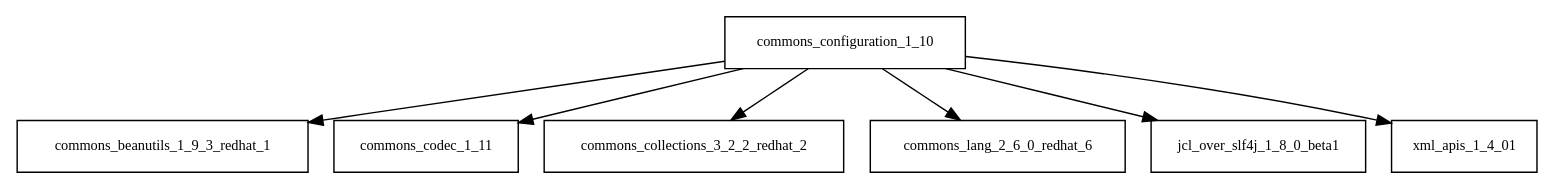
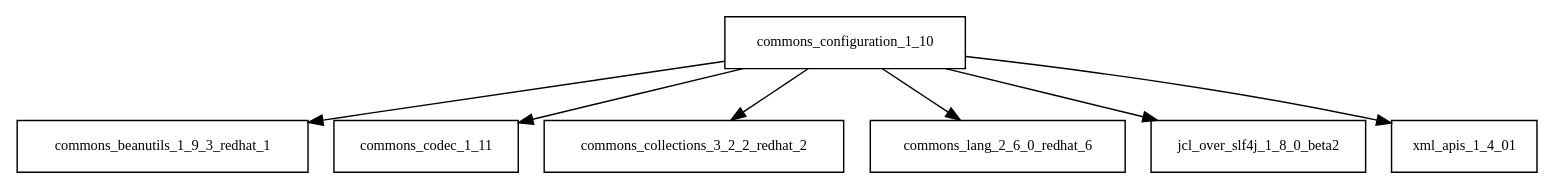
Before and after one commit to sjvs/cia: the diagram in tattleTaleReport/graphviz/commons-configuration-1.10.jar/commons-configuration-1.10.jar.dot, drawn with Graphviz. The commit also changed 2794 other files, not shown here.

```diff
--- a/tattleTaleReport/graphviz/commons-configuration-1.10.jar/commons-configuration-1.10.jar.dot
+++ b/tattleTaleReport/graphviz/commons-configuration-1.10.jar/commons-configuration-1.10.jar.dot
@@ -1,9 +1,9 @@
 digraph commons_configuration_1_10_dependencies {
   node [shape = box, fontsize=10.0];
   commons_configuration_1_10 -> commons_beanutils_1_9_3_redhat_1;
   commons_configuration_1_10 -> commons_codec_1_11;
   commons_configuration_1_10 -> commons_collections_3_2_2_redhat_2;
   commons_configuration_1_10 -> commons_lang_2_6_0_redhat_6;
-  commons_configuration_1_10 -> jcl_over_slf4j_1_8_0_beta1;
+  commons_configuration_1_10 -> jcl_over_slf4j_1_8_0_beta2;
   commons_configuration_1_10 -> xml_apis_1_4_01;
 }
```
